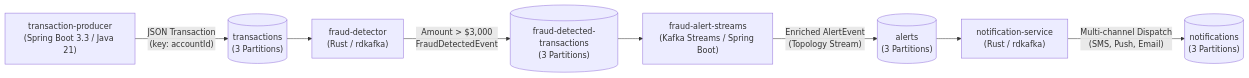
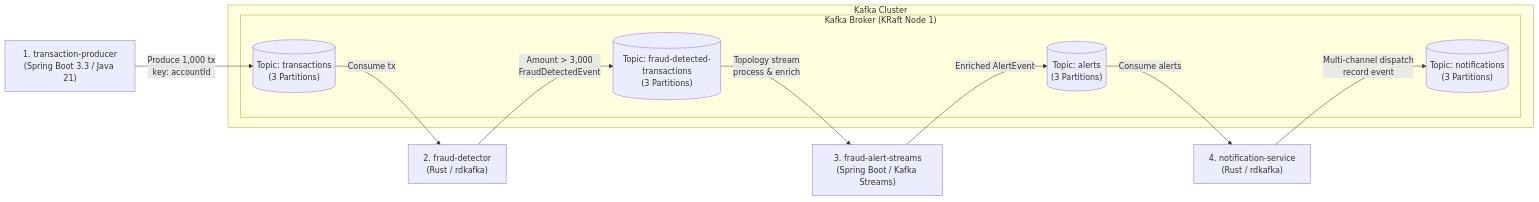
Before and after one commit to jvalsesia/kafka-streams: the diagram in README.md, drawn with Mermaid. The commit also changed other lines of this file, not shown here.

Commit message:
docs: improve architecture mermaid flowchart with nested cluster and broker subgraphs

````diff
--- a/README.md
+++ b/README.md
@@ -9,10 +9,24 @@
 ```mermaid
 flowchart LR
-    A["transaction-producer<br/>(Spring Boot 3.3 / Java 21)"] -->|"JSON Transaction<br/>(key: accountId)"| T1[("transactions<br/>(3 Partitions)")]
-    T1 --> B["fraud-detector<br/>(Rust / rdkafka)"]
-    B -->|"Amount > $3,000<br/>FraudDetectedEvent"| T2[("fraud-detected-transactions<br/>(3 Partitions)")]
-    T2 --> C["fraud-alert-streams<br/>(Kafka Streams / Spring Boot)"]
-    C -->|"Enriched AlertEvent<br/>(Topology Stream)"| T3[("alerts<br/>(3 Partitions)")]
-    T3 --> D["notification-service<br/>(Rust / rdkafka)"]
-    D -->|"Multi-channel Dispatch<br/>(SMS, Push, Email)"| T4[("notifications<br/>(3 Partitions)")]
+    subgraph Cluster["Kafka Cluster"]
+        subgraph Broker["Kafka Broker (KRaft Node 1)"]
+            T1[("Topic: transactions<br/>(3 Partitions)")]
+            T2[("Topic: fraud-detected-transactions<br/>(3 Partitions)")]
+            T3[("Topic: alerts<br/>(3 Partitions)")]
+            T4[("Topic: notifications<br/>(3 Partitions)")]
+        end
+    end
+
+    P1["1. transaction-producer<br/>(Spring Boot 3.3 / Java 21)"]
+    P2["2. fraud-detector<br/>(Rust / rdkafka)"]
+    P3["3. fraud-alert-streams<br/>(Spring Boot / Kafka Streams)"]
+    P4["4. notification-service<br/>(Rust / rdkafka)"]
+
+    P1 -->|"Produce 1,000 tx<br/>key: accountId"| T1
+    T1 -->|"Consume tx"| P2
+    P2 -->|"Amount > 3,000<br/>FraudDetectedEvent"| T2
+    T2 -->|"Topology stream<br/>process & enrich"| P3
+    P3 -->|"Enriched AlertEvent"| T3
+    T3 -->|"Consume alerts"| P4
+    P4 -->|"Multi-channel dispatch<br/>record event"| T4
 ```
````
